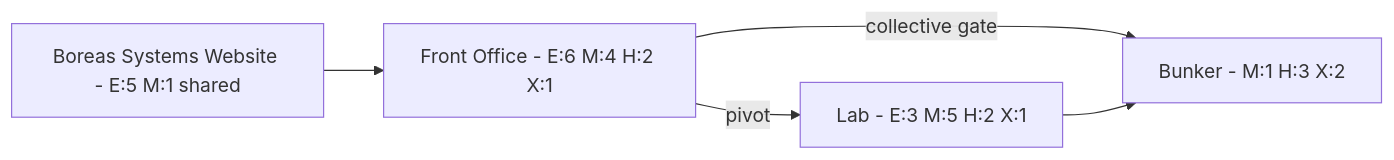
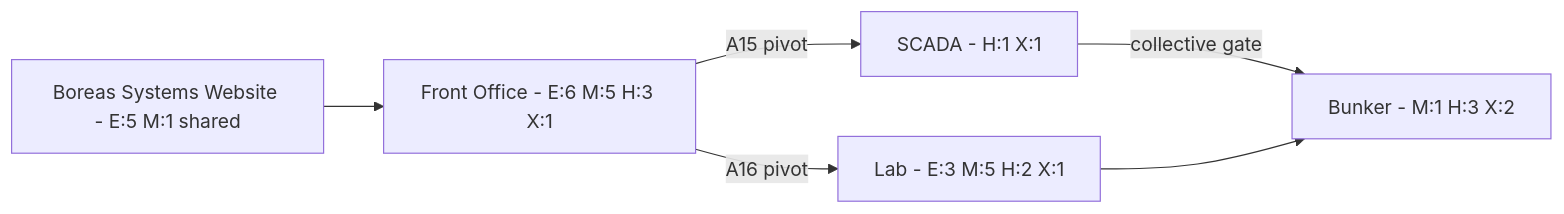
Before and after one commit to PaloAltoNetworks/shifter: the first of 2 diagrams in scenario-dev/polaris/design/architecture.md, drawn with Mermaid. The commit also changed other lines of this file and 50 other files, not shown here.

````diff
--- a/scenario-dev/polaris/design/architecture.md
+++ b/scenario-dev/polaris/design/architecture.md
@@ -5,7 +5,8 @@
 ```mermaid
 graph LR
-    W[Boreas Systems Website - E:5 M:1 shared] --> A[Front Office - E:6 M:4 H:2 X:1]
-    A -->|pivot| B[Lab - E:3 M:5 H:2 X:1]
-    A -->|collective gate| C[Bunker - M:1 H:3 X:2]
+    W[Boreas Systems Website - E:5 M:1 shared] --> A[Front Office - E:6 M:5 H:3 X:1]
+    A -->|A15 pivot| S[SCADA - H:1 X:1]
+    A -->|A16 pivot| B[Lab - E:3 M:5 H:2 X:1]
+    S -->|collective gate| C[Bunker - M:1 H:3 X:2]
     B --> C
 ```
````
